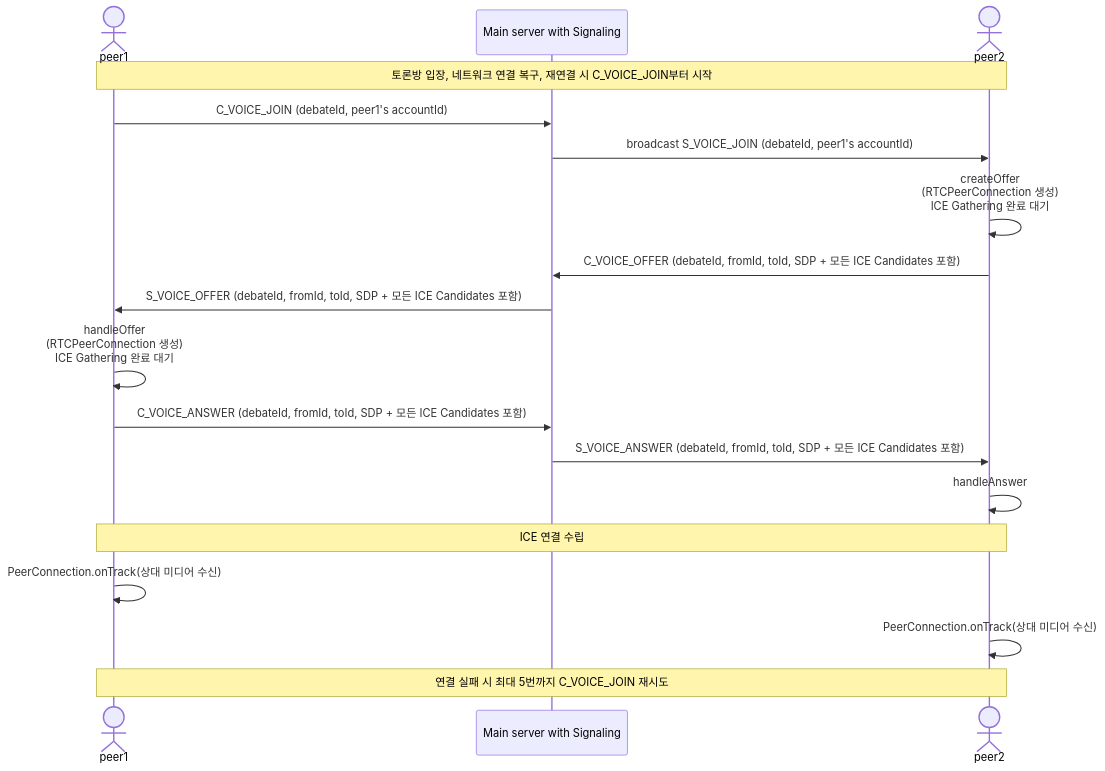
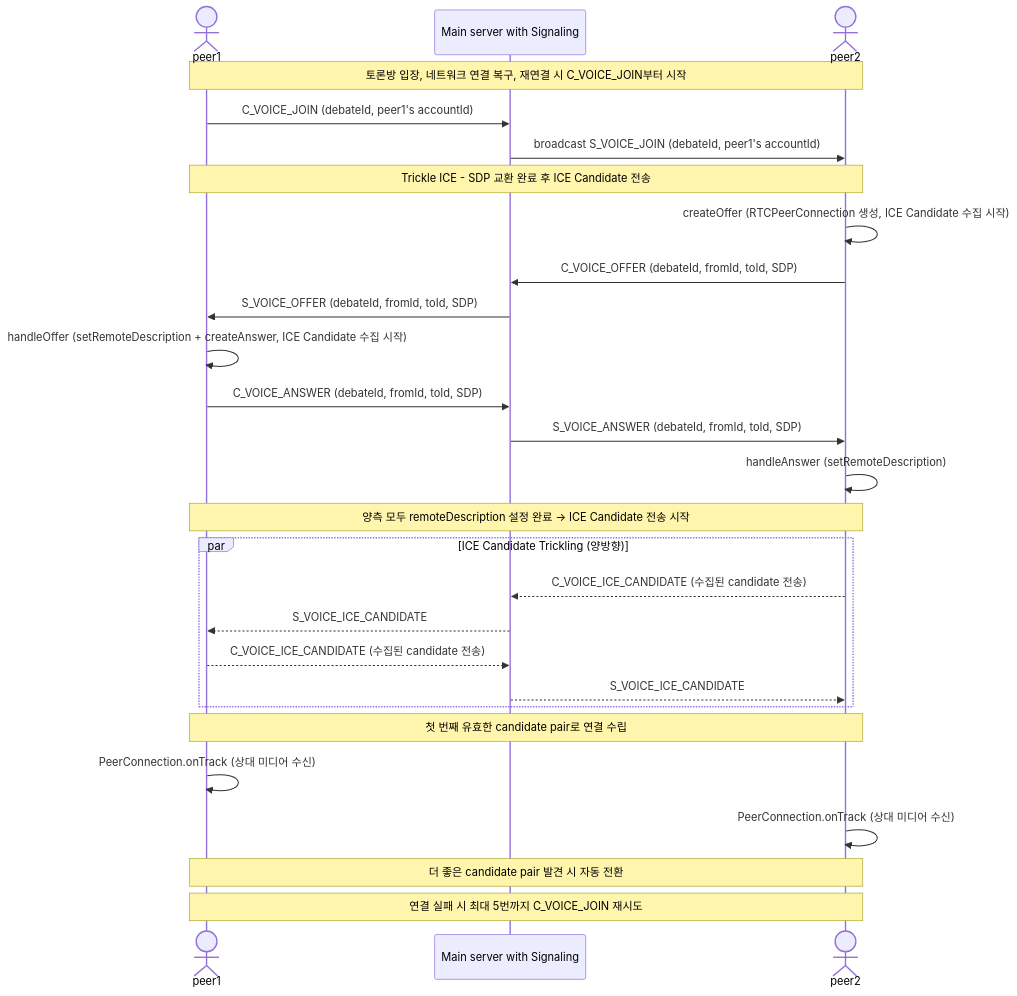
One commit to hjch0211/book-talk changed the diagram in README.md. Above: the diagram before and after it, drawn with Mermaid. The commit also changed 20 other files, not shown here.

Commit message:
feat: apply Trickle ICE

````diff
--- a/README.md
+++ b/README.md
@@ -85,23 +85,37 @@
 ```mermaid
 sequenceDiagram
     actor p1 as peer1
     participant s as Main server with Signaling
     actor p2 as peer2
-    
+
     note over p1, p2: 토론방 입장, 네트워크 연결 복구, 재연결 시 C_VOICE_JOIN부터 시작
     p1->>s: C_VOICE_JOIN (debateId, peer1's accountId)
     s->>p2: broadcast S_VOICE_JOIN (debateId, peer1's accountId)
-    p2->>p2: createOffer<br/>(RTCPeerConnection 생성)<br/>ICE Gathering 완료 대기
-    p2->>s: C_VOICE_OFFER (debateId, fromId, toId, SDP + 모든 ICE Candidates 포함)
-    s->>p1: S_VOICE_OFFER (debateId, fromId, toId, SDP + 모든 ICE Candidates 포함)
-    p1->>p1: handleOffer<br/>(RTCPeerConnection 생성)<br/>ICE Gathering 완료 대기
-    p1->>s: C_VOICE_ANSWER (debateId, fromId, toId, SDP + 모든 ICE Candidates 포함)
-    s->>p2: S_VOICE_ANSWER (debateId, fromId, toId, SDP + 모든 ICE Candidates 포함)
-    p2->>p2: handleAnswer
-    
-    note over p1, p2: ICE 연결 수립
-    p1->>p1: PeerConnection.onTrack(상대 미디어 수신)
-    p2->>p2: PeerConnection.onTrack(상대 미디어 수신)
-    
+
+    note over p1, p2: Trickle ICE - SDP 교환 완료 후 ICE Candidate 전송
+
+    p2->>p2: createOffer (RTCPeerConnection 생성, ICE Candidate 수집 시작)
+    p2->>s: C_VOICE_OFFER (debateId, fromId, toId, SDP)
+    s->>p1: S_VOICE_OFFER (debateId, fromId, toId, SDP)
+
+    p1->>p1: handleOffer (setRemoteDescription + createAnswer, ICE Candidate 수집 시작)
+    p1->>s: C_VOICE_ANSWER (debateId, fromId, toId, SDP)
+    s->>p2: S_VOICE_ANSWER (debateId, fromId, toId, SDP)
+    p2->>p2: handleAnswer (setRemoteDescription)
+
+    note over p1, p2: 양측 모두 remoteDescription 설정 완료 → ICE Candidate 전송 시작
+
+    par ICE Candidate Trickling (양방향)
+        p2-->>s: C_VOICE_ICE_CANDIDATE (수집된 candidate 전송)
+        s-->>p1: S_VOICE_ICE_CANDIDATE
+        p1-->>s: C_VOICE_ICE_CANDIDATE (수집된 candidate 전송)
+        s-->>p2: S_VOICE_ICE_CANDIDATE
+    end
+
+    note over p1, p2: 첫 번째 유효한 candidate pair로 연결 수립
+    p1->>p1: PeerConnection.onTrack (상대 미디어 수신)
+    p2->>p2: PeerConnection.onTrack (상대 미디어 수신)
+
+    note over p1, p2: 더 좋은 candidate pair 발견 시 자동 전환
     note over p1, p2: 연결 실패 시 최대 5번까지 C_VOICE_JOIN 재시도
 ```
````
